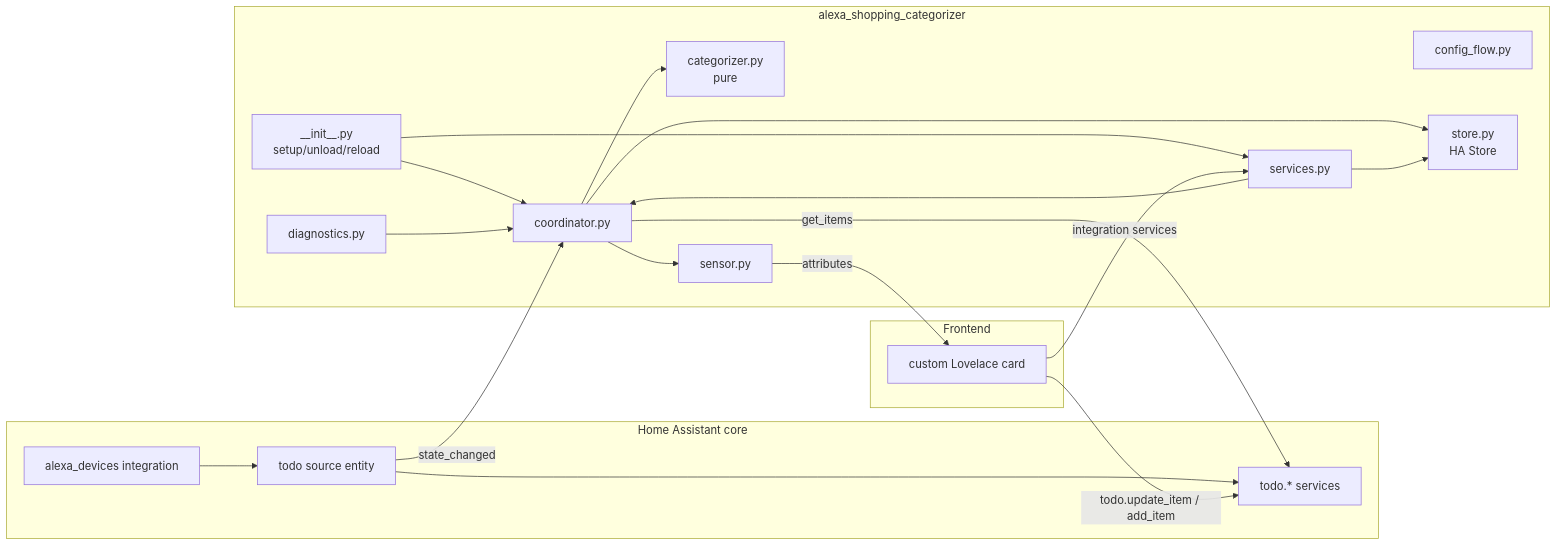
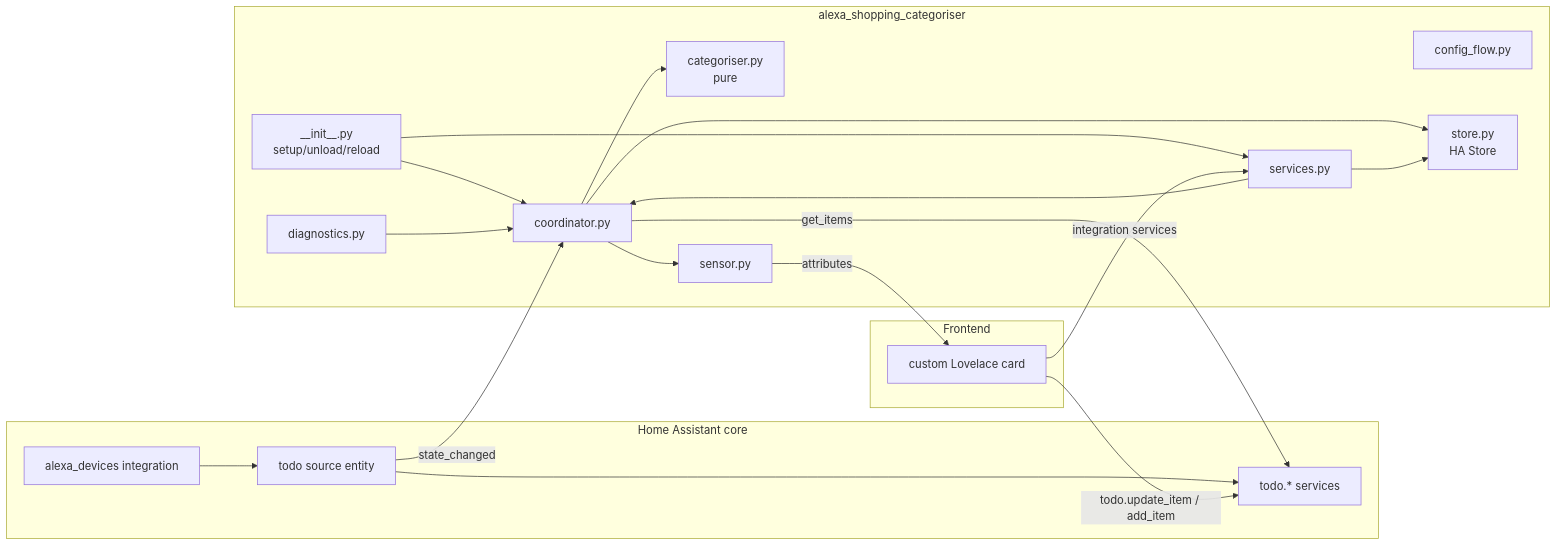
Before and after one commit to TIA568B/HAShoppingList: the diagram in docs/plans/03-architecture.md, drawn with Mermaid. The commit also changed other lines of this file and 47 other files, not shown here.

````diff
--- a/docs/plans/03-architecture.md
+++ b/docs/plans/03-architecture.md
@@ -27,39 +27,39 @@
 ```mermaid
 flowchart LR
     subgraph core[Home Assistant core]
       AD[alexa_devices integration]
       SRC["todo source entity"]
       TODOSVC["todo.* services"]
       AD --> SRC
       SRC --> TODOSVC
     end
 
-    subgraph asc[alexa_shopping_categorizer]
+    subgraph asc[alexa_shopping_categoriser]
       INIT[__init__.py<br/>setup/unload/reload]
       CF[config_flow.py]
       COORD[coordinator.py]
-      CAT[categorizer.py<br/>pure]
+      CAT[categoriser.py<br/>pure]
       STORE[store.py<br/>HA Store]
       SEN[sensor.py]
       SVC[services.py]
       DIAG[diagnostics.py]
       INIT --> COORD
       INIT --> SVC
       COORD --> CAT
       COORD --> STORE
       COORD --> SEN
       SVC --> STORE
       SVC --> COORD
       DIAG --> COORD
     end
 
     subgraph fe[Frontend]
       CARD[custom Lovelace card]
     end
 
     SRC -- state_changed --> COORD
     COORD -- get_items --> TODOSVC
     SEN -- attributes --> CARD
     CARD -- todo.update_item / add_item --> TODOSVC
     CARD -- integration services --> SVC
 ```
````
